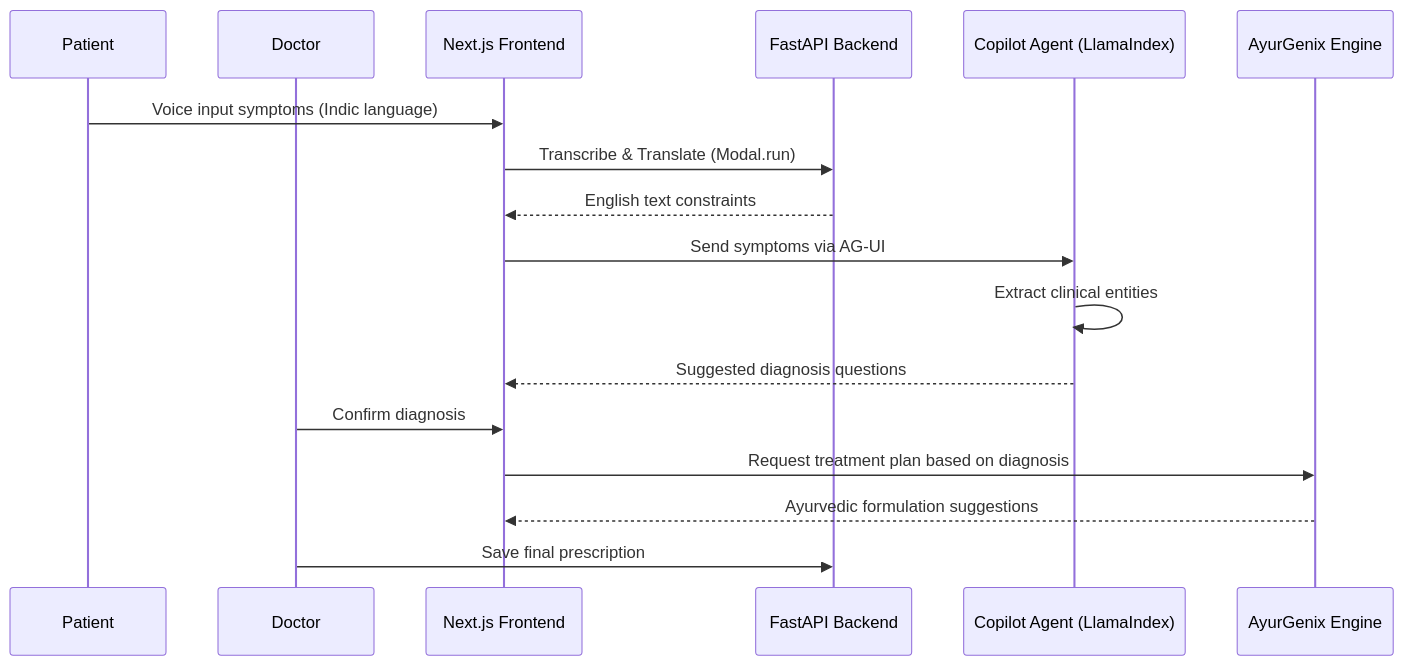
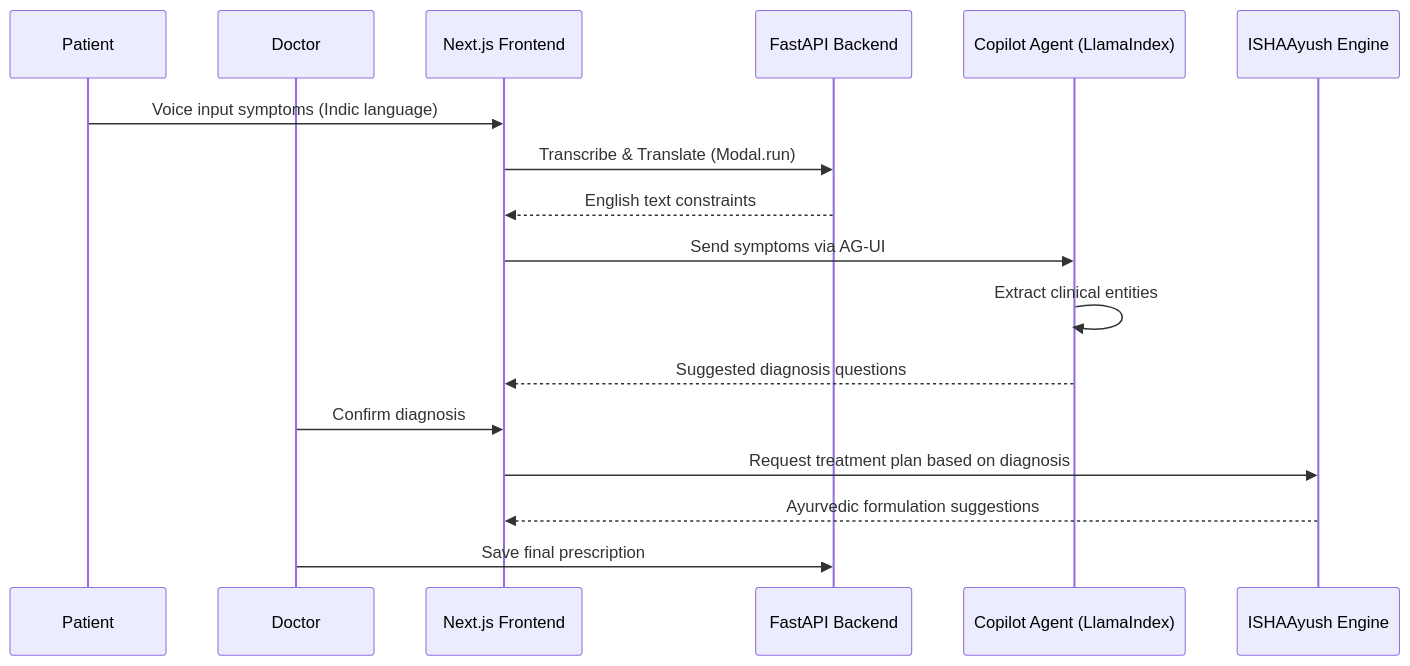
Before and after one commit to s4ai-io/ayush-indiaai: the second of 3 diagrams in README.md, drawn with Mermaid. The commit also changed other lines of this file and 10 other files, not shown here.

Commit message:
Replaced AyurGeixAI to ISHAAyush

````diff
--- a/README.md
+++ b/README.md
@@ -67,20 +67,20 @@
 ```mermaid
 sequenceDiagram
     participant Patient
     participant Doctor
     participant UI as Next.js Frontend
     participant API as FastAPI Backend
     participant Agent as Copilot Agent (LlamaIndex)
-    participant ML as AyurGenix Engine
+    participant ML as ISHAAyush Engine
 
     Patient->>UI: Voice input symptoms (Indic language)
     UI->>API: Transcribe & Translate (Modal.run)
     API-->>UI: English text constraints
     UI->>Agent: Send symptoms via AG-UI
     Agent->>Agent: Extract clinical entities
     Agent-->>UI: Suggested diagnosis questions
     Doctor->>UI: Confirm diagnosis
     UI->>ML: Request treatment plan based on diagnosis
     ML-->>UI: Ayurvedic formulation suggestions
     Doctor->>API: Save final prescription
 ```
````
